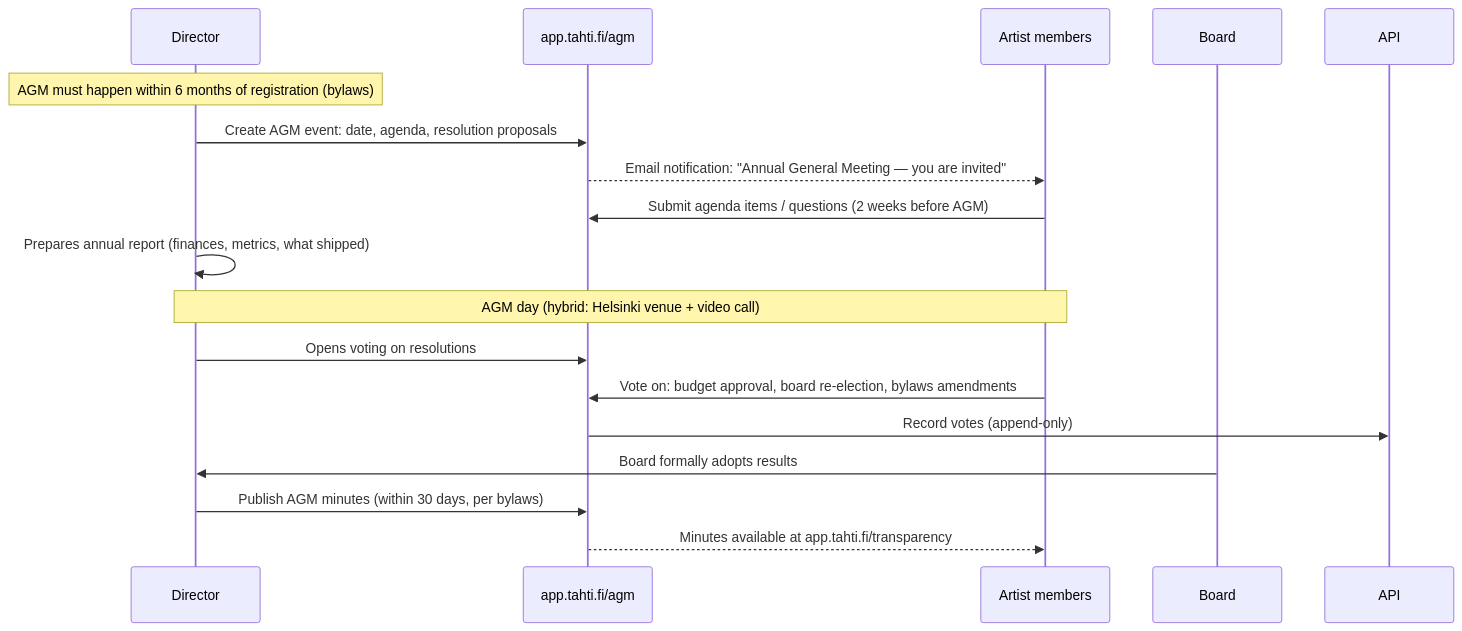
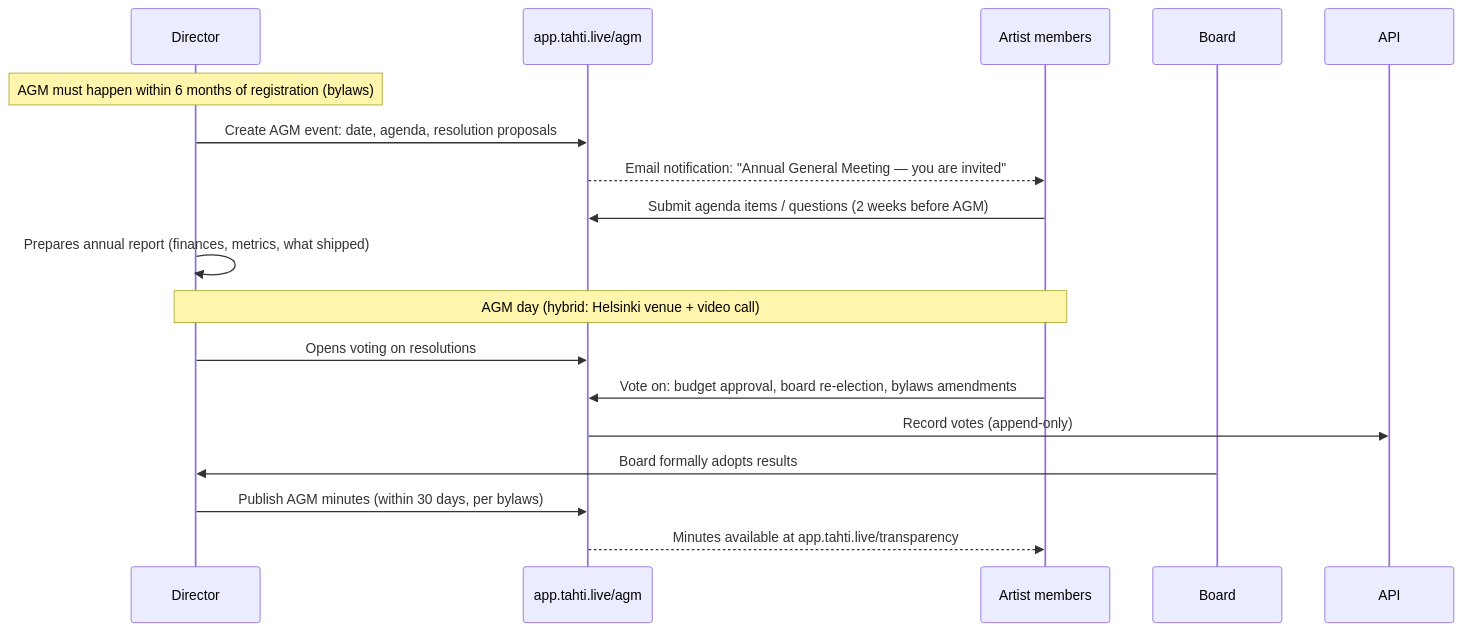
The third of 8 diagrams in docs/technical/journey-director.md (janiluuk/tahti-org), drawn with Mermaid before and after one commit. The commit also changed other lines of this file and 148 other files, not shown here.

First line of the commit message:
feat(m10): member governance, chat polish, domain rename to tahti.live

````diff
--- a/docs/technical/journey-director.md
+++ b/docs/technical/journey-director.md
@@ -81,24 +81,24 @@
 ```mermaid
 sequenceDiagram
     participant DIR as Director
-    participant Web as app.tahti.fi/agm
+    participant Web as app.tahti.live/agm
     participant Artists as Artist members
     participant Board as Board
 
     Note over DIR: AGM must happen within 6 months of registration (bylaws)
 
     DIR->>Web: Create AGM event: date, agenda, resolution proposals
     Web-->>Artists: Email notification: "Annual General Meeting — you are invited"
 
     Artists->>Web: Submit agenda items / questions (2 weeks before AGM)
     DIR->>DIR: Prepares annual report (finances, metrics, what shipped)
 
     Note over DIR,Artists: AGM day (hybrid: Helsinki venue + video call)
     DIR->>Web: Opens voting on resolutions
     Artists->>Web: Vote on: budget approval, board re-election, bylaws amendments
     Web->>API: Record votes (append-only)
     Board->>DIR: Board formally adopts results
 
     DIR->>Web: Publish AGM minutes (within 30 days, per bylaws)
-    Web-->>Artists: Minutes available at app.tahti.fi/transparency
+    Web-->>Artists: Minutes available at app.tahti.live/transparency
 ```
````
